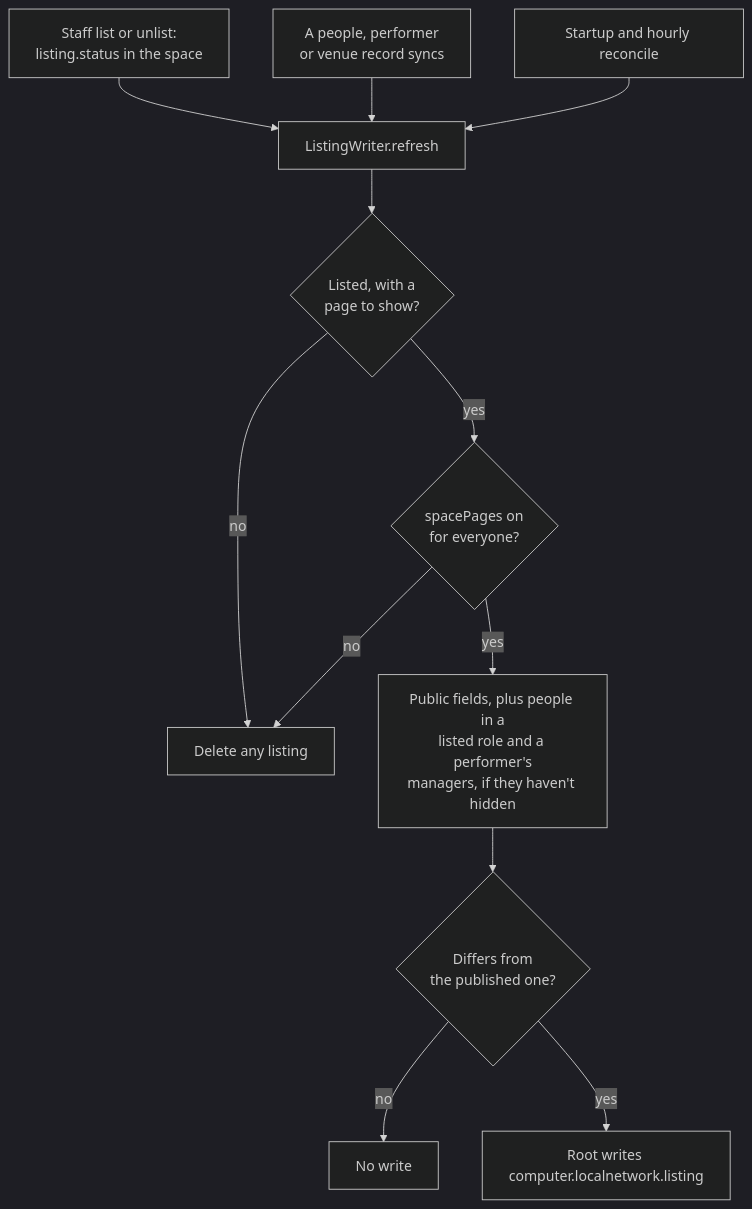
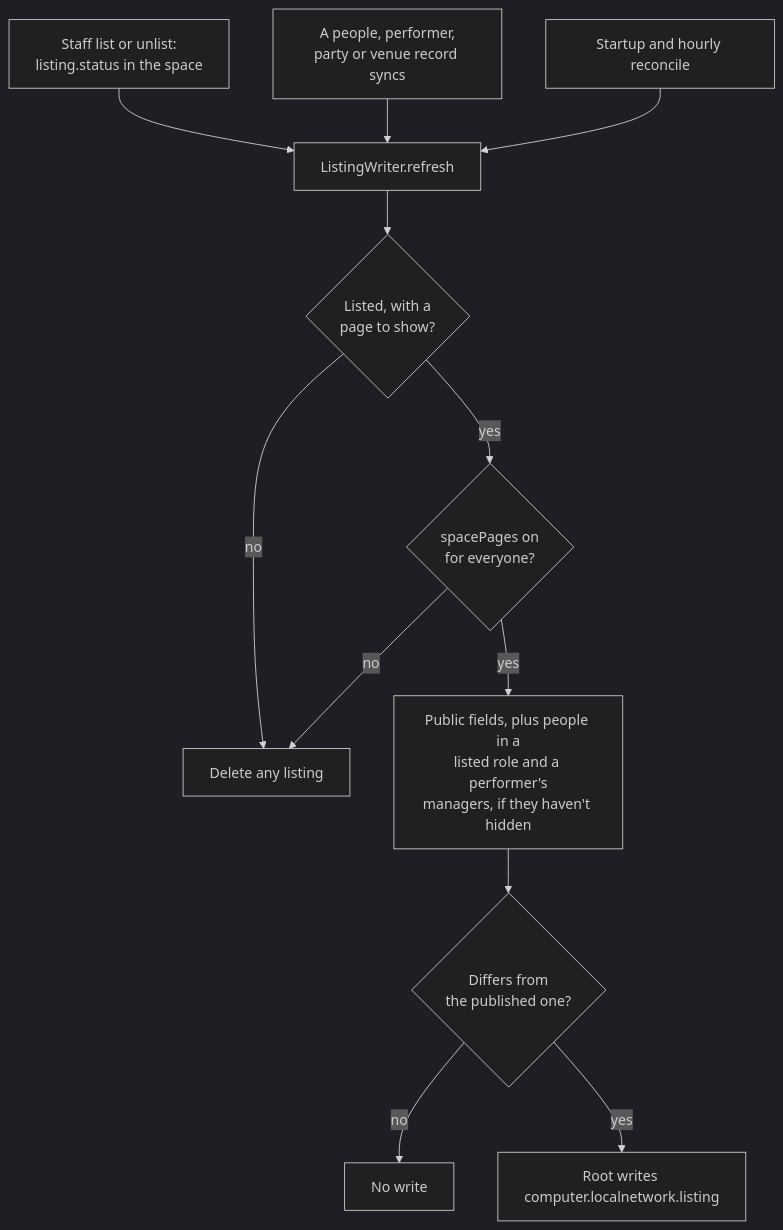
The eighth of 10 diagrams in apps/web/docs/diagrams/staff-and-upkeep.md (cutenode/localnetwork), drawn with Mermaid (dark theme) before and after one commit. The commit also changed other lines of this file and 47 other files, not shown here.

````diff
--- a/apps/web/docs/diagrams/staff-and-upkeep.md
+++ b/apps/web/docs/diagrams/staff-and-upkeep.md
@@ -165,14 +165,14 @@
 ```mermaid
 flowchart TD
   Status["Staff list or unlist:<br/>listing.status in the space"] --> Refresh["ListingWriter.refresh"]
-  People["A people, performer<br/>or venue record syncs"] --> Refresh
+  People["A people, performer,<br/>party or venue record syncs"] --> Refresh
   Hourly["Startup and hourly reconcile"] --> Refresh
   Refresh --> Source{"Listed, with a<br/>page to show?"}
   Source -- "no" --> Delete["Delete any listing"]
   Source -- "yes" --> Flag{"spacePages on<br/>for everyone?"}
   Flag -- "no" --> Delete
   Flag -- "yes" --> Build["Public fields, plus people in a<br/>listed role and a performer's<br/>managers, if they haven't hidden"]
   Build --> Same{"Differs from<br/>the published one?"}
   Same -- "no" --> Skip["No write"]
   Same -- "yes" --> Put["Root writes computer.localnetwork.listing"]
 ```
````
